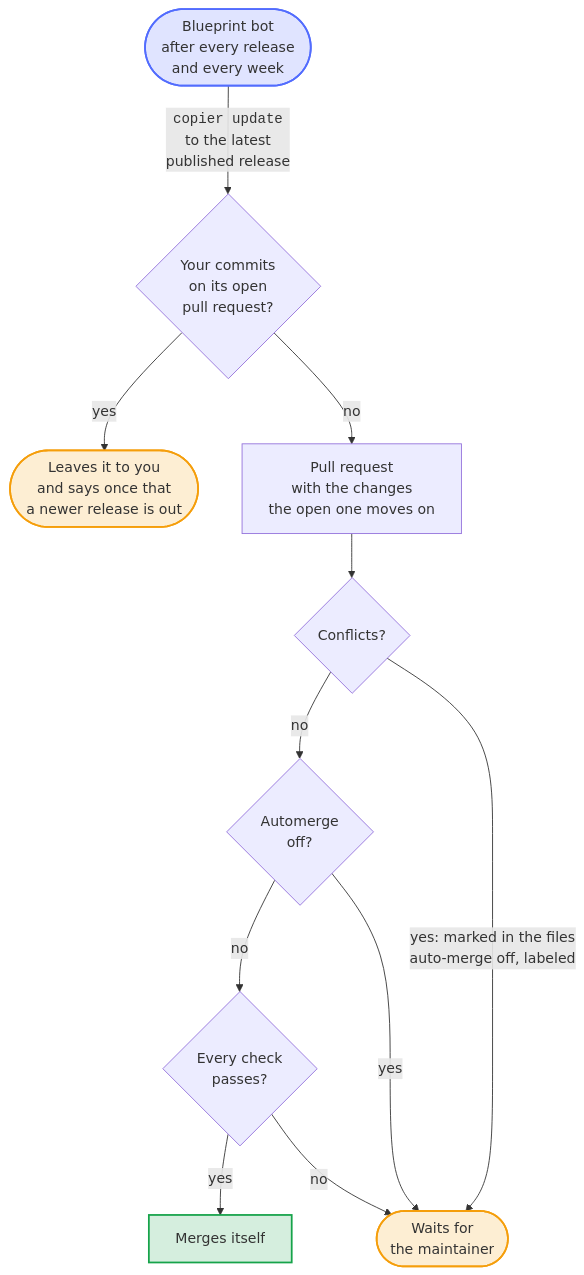
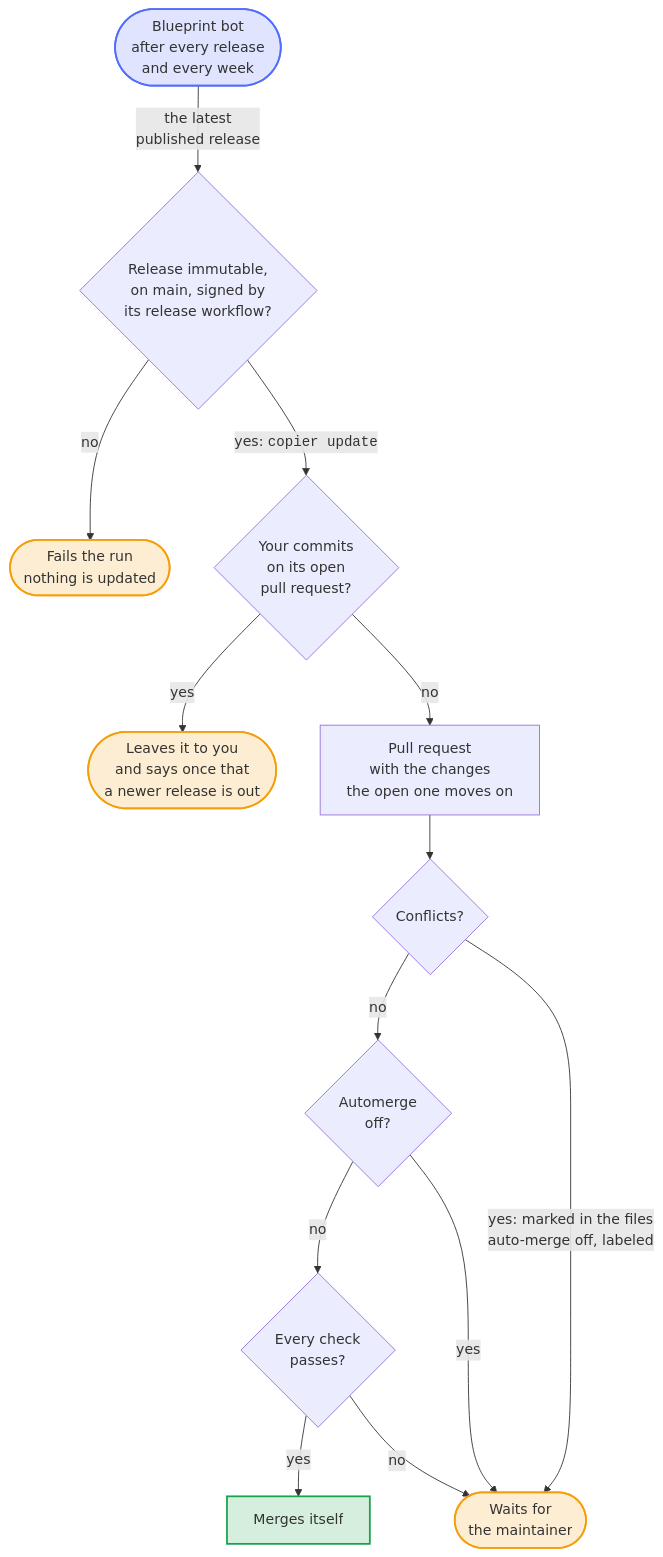
One commit to Dennis-Otto/repo-blueprint changed the seventh of 10 diagrams in README.md. Above: the diagram before and after it, drawn with Mermaid. The commit also changed other lines of this file and 18 other files, not shown here.

First line of the commit message:
fix(security): verify a blueprint release before updating to it, and let only the release app create release tags

````diff
--- a/README.md
+++ b/README.md
@@ -366,37 +366,41 @@
 ```mermaid
 ---
 config:
   flowchart:
     wrappingWidth: 400
 ---
 flowchart TB
     accTitle: How an update of the blueprint arrives
-    accDescr: Right after every release of the blueprint, and every week, the blueprint bot runs copier update to the latest published release. When its pull request is still open and you have committed to its branch, the bot leaves the branch to you and says once that a newer release is out. Otherwise it opens the pull request, or moves the open one on to the new release. With conflicts, which turn auto-merge off, or with BLUEPRINT_AUTOMERGE set to off, it waits for the maintainer; otherwise it merges itself once every check passes.
+    accDescr: Right after every release of the blueprint, and every week, the blueprint bot verifies the latest published release first. A release that is not immutable, whose tag is not on the main branch of the blueprint or that the release workflow of the blueprint didn't sign fails the run, and nothing is updated. Otherwise the bot runs copier update to that release. When its pull request is still open and you have committed to its branch, the bot leaves the branch to you and says once that a newer release is out. Otherwise it opens the pull request, or moves the open one on to the new release. With conflicts, which turn auto-merge off, or with BLUEPRINT_AUTOMERGE set to off, it waits for the maintainer; otherwise it merges itself once every check passes.
 
     bot(["Blueprint bot<br>after every release<br>and every week"])
+    verified{"Release immutable,<br>on main, signed by<br>its release workflow?"}
+    refused(["Fails the run<br>nothing is updated"])
     yours{"Your commits<br>on its open<br>pull request?"}
     note(["Leaves it to you<br>and says once that<br>a newer release is out"])
     pr["Pull request<br>with the changes<br>the open one moves on"]
     conflicts{"Conflicts?"}
     off{"Automerge<br>off?"}
     checks{"Every check<br>passes?"}
     merged["Merges itself"]
     wait(["Waits for<br>the maintainer"])
 
-    bot -- "<code>copier update</code><br>to the latest<br>published release" --> yours
+    bot -- "the latest<br>published release" --> verified
+    verified -- "no" --> refused
+    verified -- "yes: <code>copier update</code>" --> yours
     yours -- "yes" --> note
     yours -- "no" --> pr --> conflicts
     conflicts -- "no" --> off
     off -- "no" --> checks
     checks -- "yes" --> merged
     conflicts -- "yes: marked in the files<br>auto-merge off, labeled" --> wait
     off -- "yes" --> wait
     checks -- "no" --> wait
 
     classDef bot fill:#526cfe2e,stroke:#526cfe,stroke-width:2px
     classDef person fill:#f59e0b2e,stroke:#f59e0b,stroke-width:2px
     classDef done fill:#16a34a2e,stroke:#16a34a,stroke-width:2px
     class bot bot
-    class wait,note person
+    class wait,note,refused person
     class merged done
 ```
````
